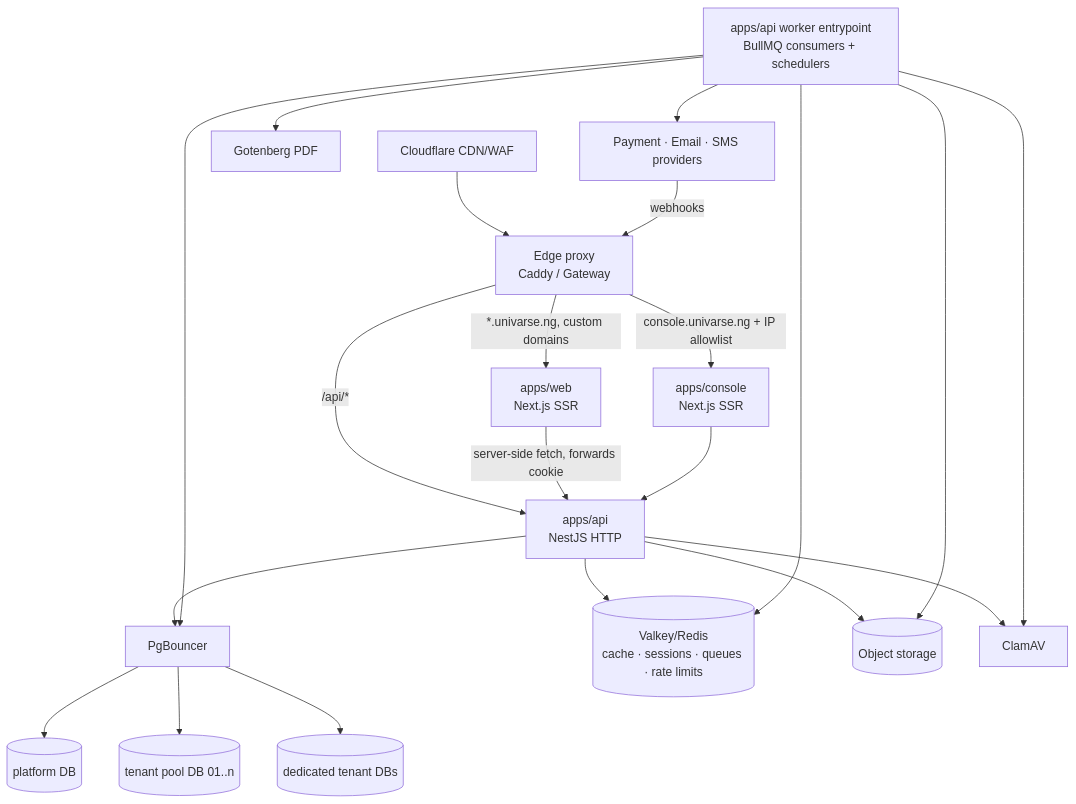
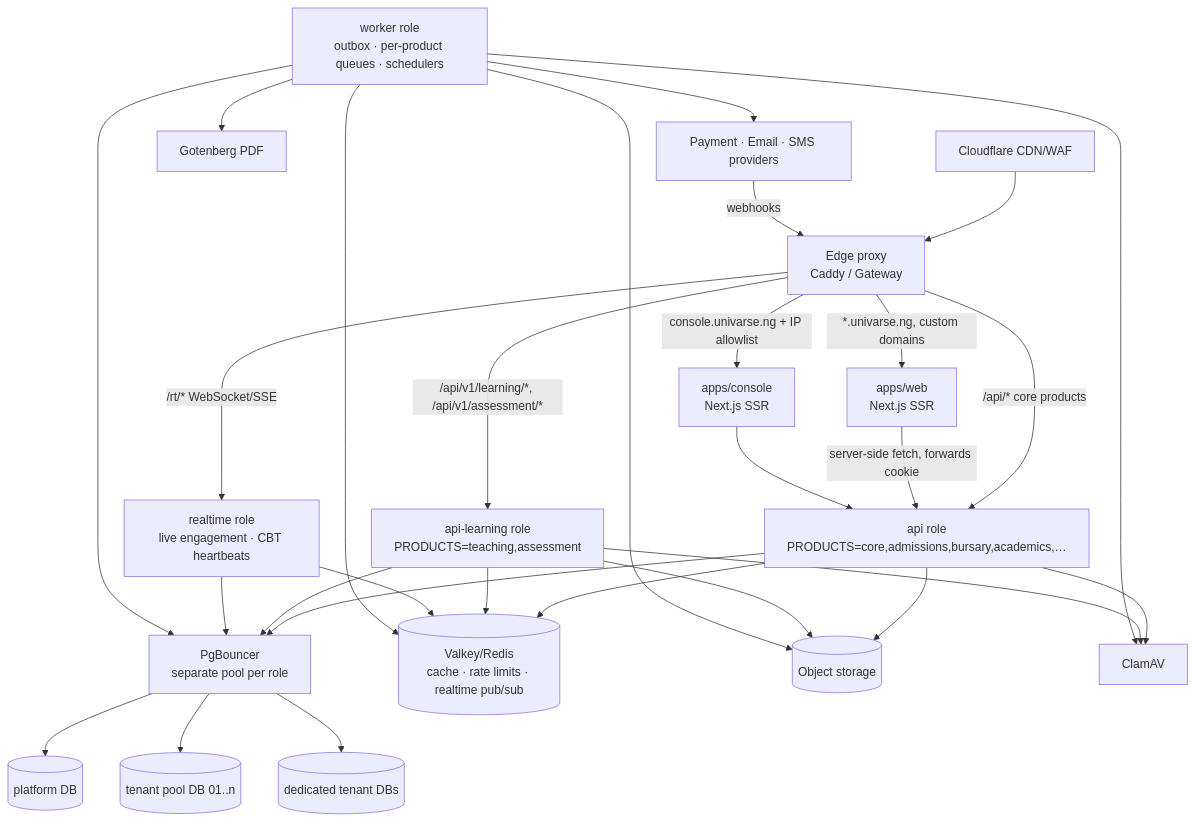
One commit to w1t3ack3r/univarse changed the second of 3 diagrams in docs/02-architecture.md. Above: the diagram before and after it, drawn with Mermaid. The commit also changed other lines of this file and 11 other files, not shown here.

First line of the commit message:
docs: product vision — platform positioning, product suite, CA CBT, teaching, support chain (#9)

````diff
--- a/docs/02-architecture.md
+++ b/docs/02-architecture.md
@@ -66,20 +69,22 @@
 ```mermaid
 flowchart TB
   CDN[Cloudflare CDN/WAF] --> EDGE[Edge proxy<br/>Caddy / Gateway]
   EDGE -->|"*.univarse.ng, custom domains"| WEB[apps/web<br/>Next.js SSR]
   EDGE -->|console.univarse.ng + IP allowlist| CON[apps/console<br/>Next.js SSR]
-  EDGE -->|/api/*| API[apps/api<br/>NestJS HTTP]
+  EDGE -->|/api/* core products| API[api role<br/>PRODUCTS=core,admissions,bursary,academics,…]
+  EDGE -->|/api/v1/learning/*, /api/v1/assessment/*| LRN[api-learning role<br/>PRODUCTS=teaching,assessment]
+  EDGE -->|/rt/* WebSocket/SSE| RT[realtime role<br/>live engagement · CBT heartbeats]
   WEB -->|server-side fetch, forwards cookie| API
   CON --> API
-  API --> PGB[PgBouncer]
-  WRK[apps/api worker entrypoint<br/>BullMQ consumers + schedulers] --> PGB
+  API & LRN & RT --> PGB[PgBouncer<br/>separate pool per role]
+  WRK[worker role<br/>outbox · per-product queues · schedulers] --> PGB
   PGB --> PDB[(platform DB)]
   PGB --> POOL[(tenant pool DB 01..n)]
   PGB --> SILO[(dedicated tenant DBs)]
-  API & WRK --> R[(Valkey/Redis<br/>cache · sessions · queues · rate limits)]
-  API & WRK --> S3[(Object storage)]
+  API & LRN & RT & WRK --> R[(Valkey/Redis<br/>cache · rate limits · realtime pub/sub)]
+  API & LRN & WRK --> S3[(Object storage)]
   WRK --> GOT[Gotenberg PDF]
-  API & WRK --> AV[ClamAV]
+  API & LRN & WRK --> AV[ClamAV]
   WRK --> EXT[Payment · Email · SMS providers]
   EXT -->|webhooks| EDGE
 ```
````
